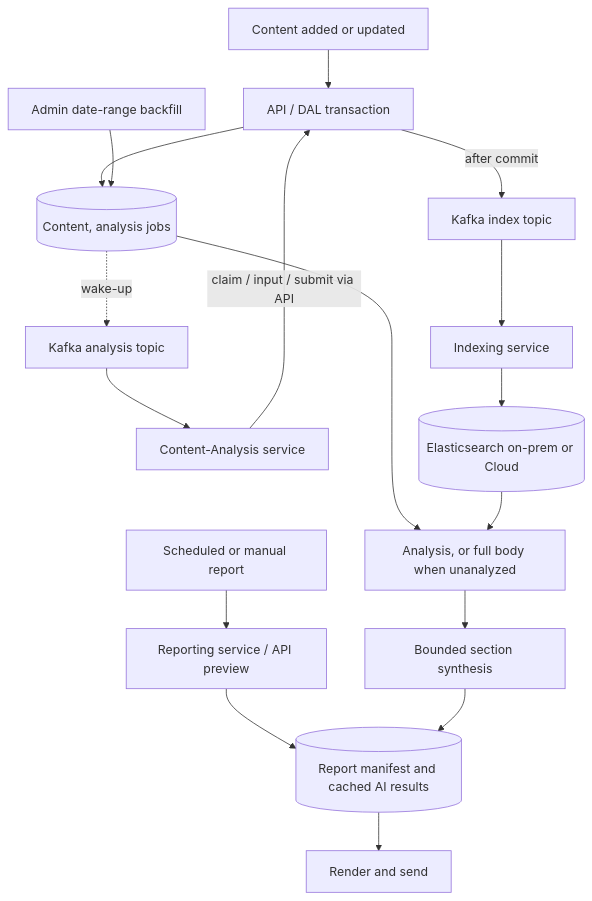
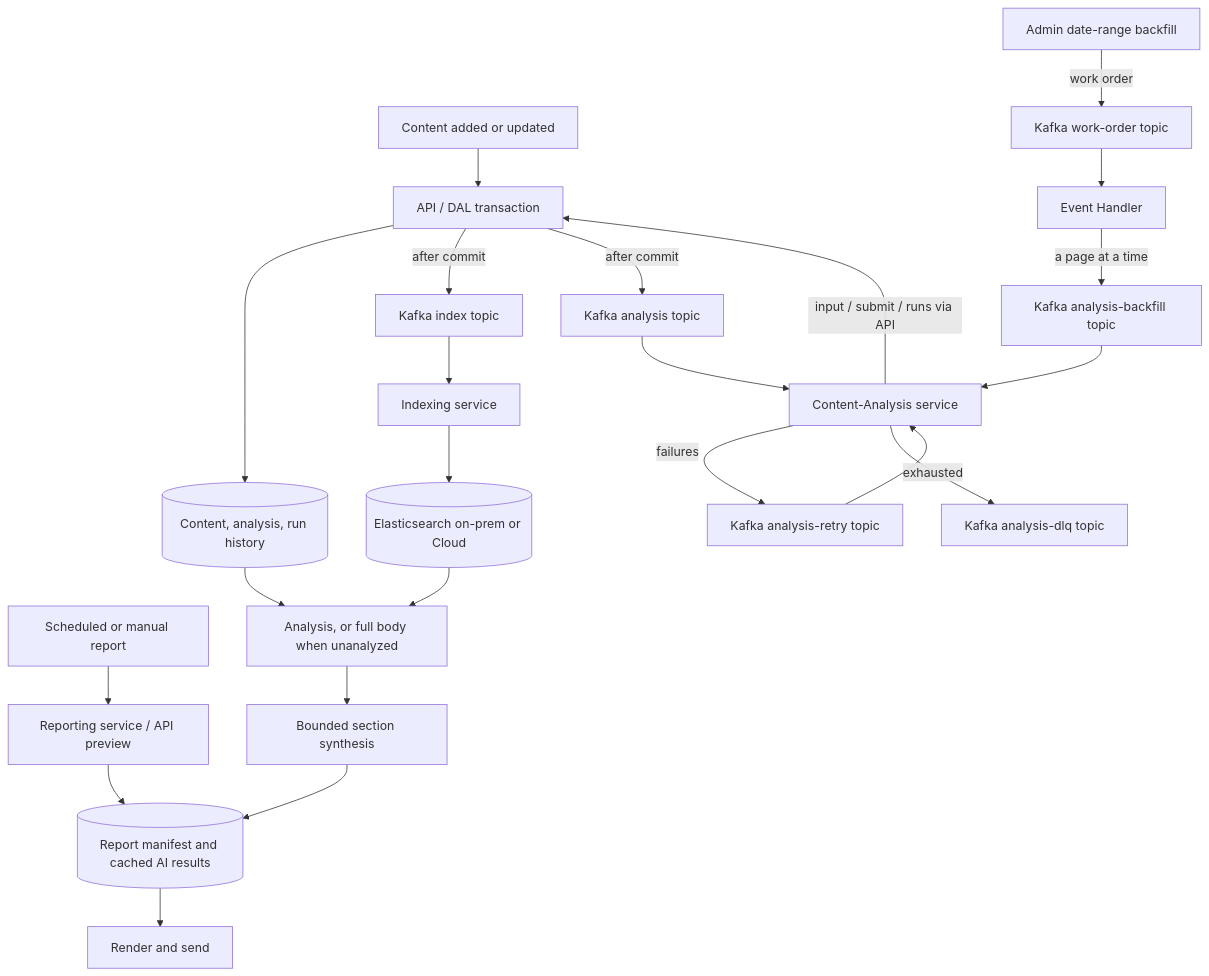
Before and after one commit to bcgov/tno: the diagram in docs/planning/content-analysis/README.md, drawn with Mermaid. The commit also changed other lines of this file and 133 other files, not shown here.

First line of the commit message:
refactor(content-analysis): use Kafka as the source of analysis work (#2664)

````diff
--- a/docs/planning/content-analysis/README.md
+++ b/docs/planning/content-analysis/README.md
@@ -88,21 +88,27 @@
 ```mermaid
 flowchart TD
     U[Content added or updated] --> A[API / DAL transaction]
-    A --> D[(Content, analysis jobs)]
+    A --> D[(Content, analysis, run history)]
     A -->|after commit| IQ[Kafka index topic]
-    D -. wake-up .-> AQ[Kafka analysis topic]
+    A -->|after commit| AQ[Kafka analysis topic]
     AQ --> CA[Content-Analysis service]
-    CA -->|claim / input / submit via API| A
+    RQ[Kafka analysis-retry topic] --> CA
+    BQ[Kafka analysis-backfill topic] --> CA
+    CA -->|failures| RQ
+    CA -->|exhausted| DLQ[Kafka analysis-dlq topic]
+    CA -->|input / submit / runs via API| A
     IQ --> IX[Indexing service]
     IX --> ES[(Elasticsearch on-prem or Cloud)]
 
-    BF[Admin date-range backfill] --> D
+    BF[Admin date-range backfill] -->|work order| WQ[Kafka work-order topic]
+    WQ --> EH[Event Handler]
+    EH -->|a page at a time| BQ
 
     SR[Scheduled or manual report] --> R[Reporting service / API preview]
     R --> M[(Report manifest and cached AI results)]
     D --> E[Analysis, or full body when unanalyzed]
     ES --> E
     E --> L[Bounded section synthesis]
     L --> M
     M --> OUT[Render and send]
 ```
````
